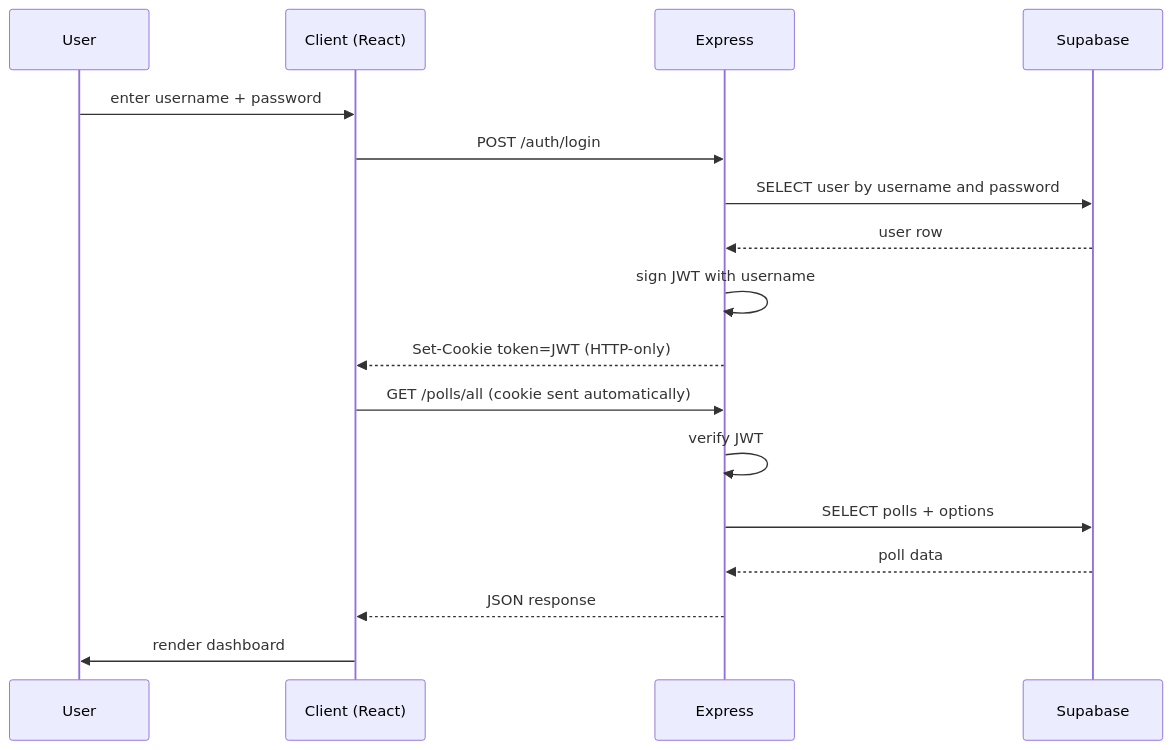
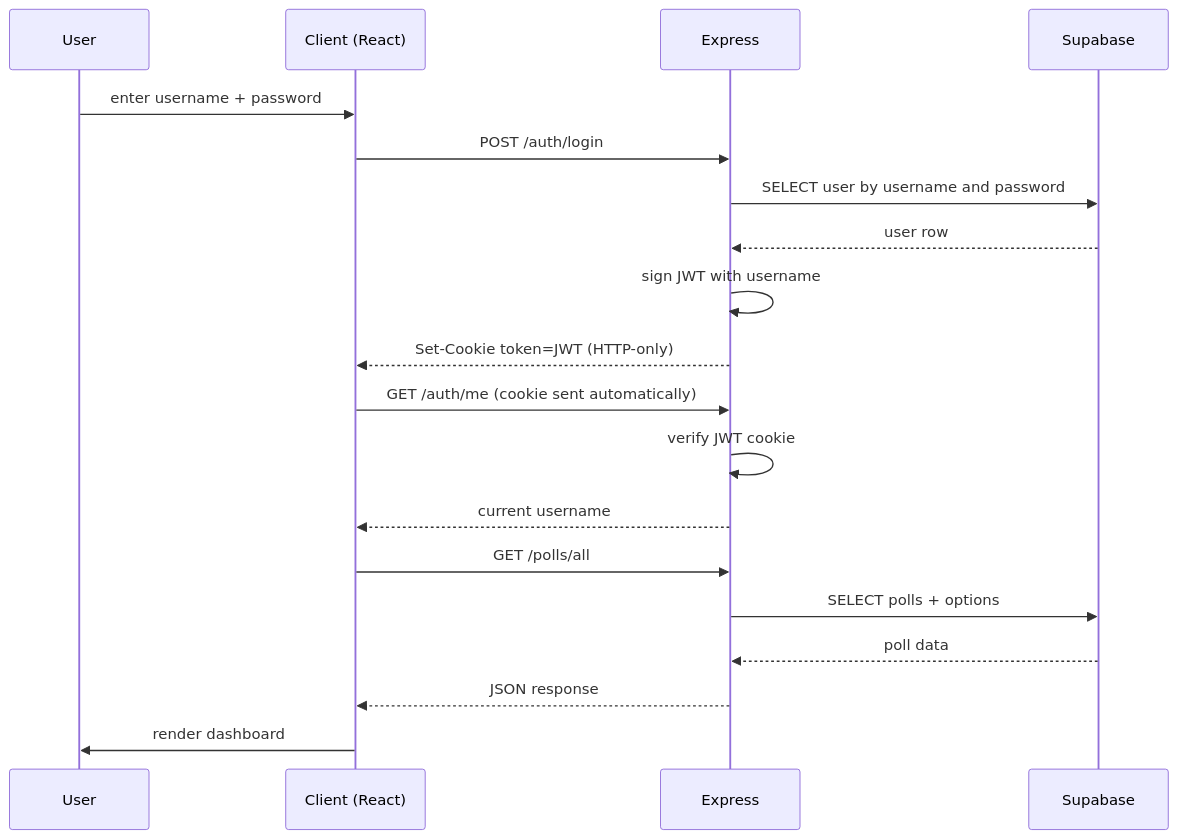
The second of 2 diagrams in README.md (AaronFan5/CS35L-Project), drawn with Mermaid before and after one commit. The commit also changed other lines of this file, not shown here.

Commit message:
Fix README architecture diagrams

````diff
--- a/README.md
+++ b/README.md
@@ -62,19 +62,21 @@
 ```mermaid
 sequenceDiagram
   participant U as User
   participant C as Client (React)
   participant S as Express
   participant DB as Supabase
   U->>C: enter username + password
   C->>S: POST /auth/login
   S->>DB: SELECT user by username and password
   DB-->>S: user row
   S->>S: sign JWT with username
   S-->>C: Set-Cookie token=JWT (HTTP-only)
-  C->>S: GET /polls/all (cookie sent automatically)
-  S->>S: verify JWT
+  C->>S: GET /auth/me (cookie sent automatically)
+  S->>S: verify JWT cookie
+  S-->>C: current username
+  C->>S: GET /polls/all
   S->>DB: SELECT polls + options
   DB-->>S: poll data
   S-->>C: JSON response
   C->>U: render dashboard
 ```
````
